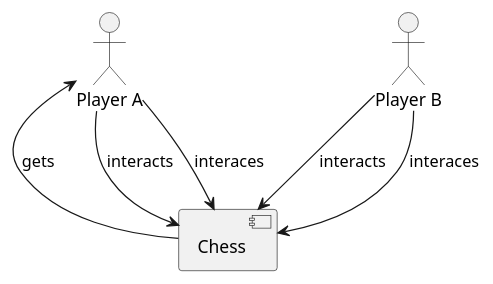
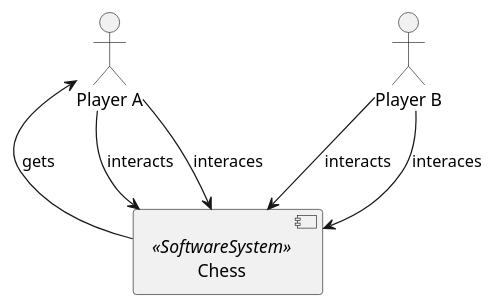
One commit to marcozwyssig/cleon changed the diagram in src/cleonproject.deliverables.architecture.model.architecture/src/cleon.architecturemethods.arc42.sample/img/Fachlicher_Kontext_Diagramm.puml. Above: the diagram before and after it, drawn with PlantUML. The commit also changed 5 other files, not shown here.

```diff
--- a/src/cleonproject.deliverables.architecture.model.architecture/src/cleon.architecturemethods.arc42.sample/img/Fachlicher_Kontext_Diagramm.puml
+++ b/src/cleonproject.deliverables.architecture.model.architecture/src/cleon.architecturemethods.arc42.sample/img/Fachlicher_Kontext_Diagramm.puml
@@ -1,12 +1,12 @@
 @startuml
 skinparam monochrome true
 skinparam componentStyle uml2
 actor Player__F_A as "Player A"
 actor Player__F_B as "Player B"
-component Chess as "Chess"
+component Chess as "Chess" <<SoftwareSystem>>
 Chess -up-> Player__F_A : gets
 Player__F_A -down-> Chess : interacts
 Player__F_A -down-> Chess : interaces
 Player__F_B -down-> Chess : interacts
 Player__F_B -down-> Chess : interaces
 @enduml
```
